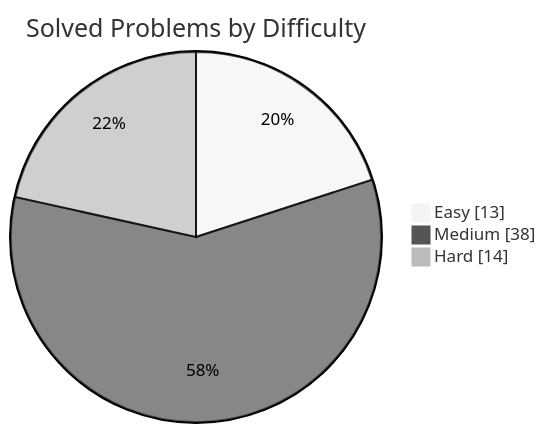
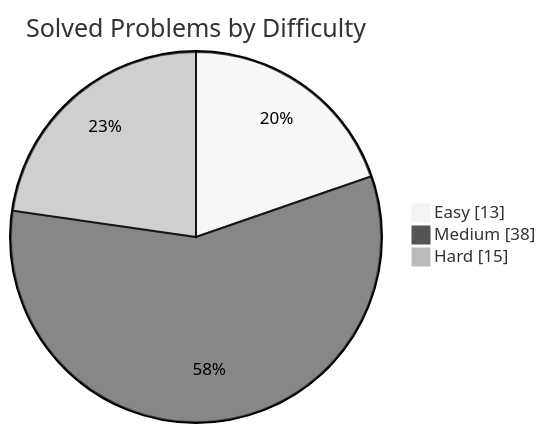
One commit to manikantbindass/DSA-Preparation-FAANG changed the first of 2 diagrams in README.md. Above: the diagram before and after it, drawn with Mermaid (neutral theme). The commit also changed other lines of this file and 3 other files, not shown here.

````diff
--- a/README.md
+++ b/README.md
@@ -38,7 +38,7 @@
 ```mermaid
 pie showData
     title Solved Problems by Difficulty
     "Easy" : 13
     "Medium" : 38
-    "Hard" : 14
+    "Hard" : 15
 ```
````
